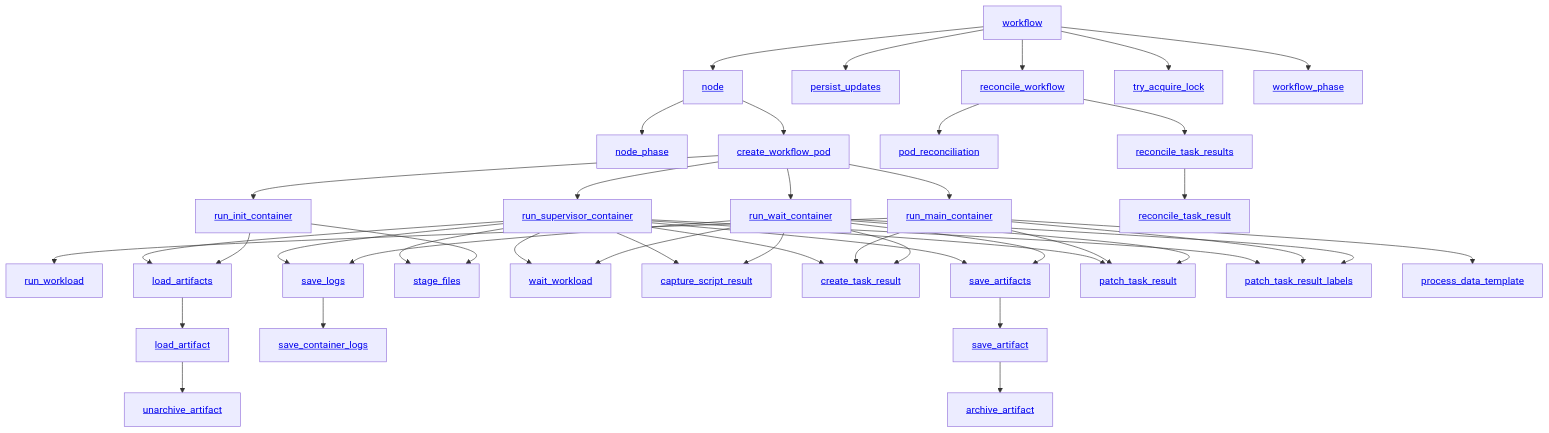
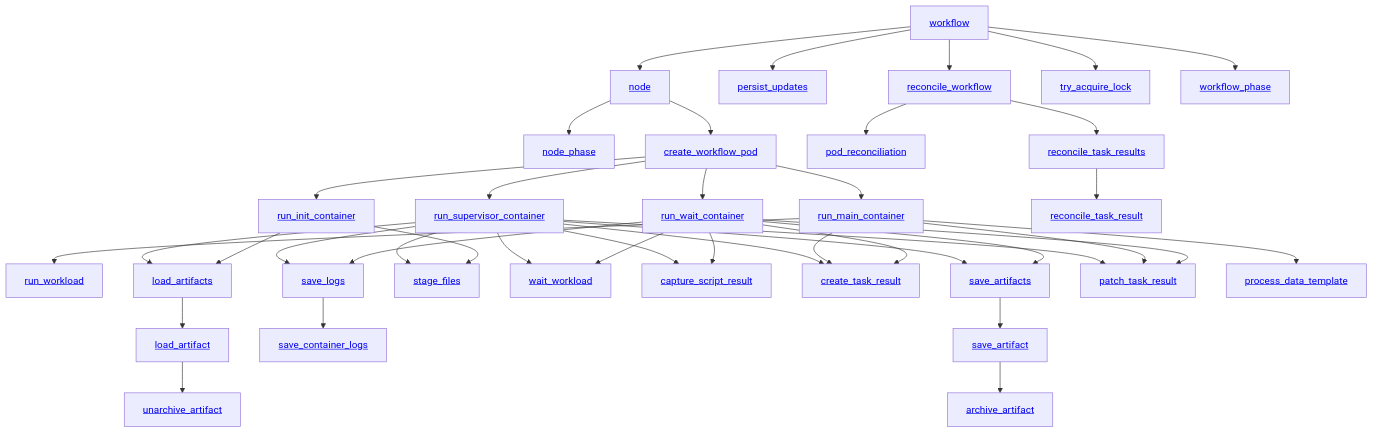
The third of 3 diagrams in modules/argo-workflows/docs/tracing.md (365614269/CNCF-Graduated), drawn with Mermaid before and after one commit. The commit also changed other lines of this file and 1078 other files, not shown here.

````diff
--- a/modules/argo-workflows/docs/tracing.md
+++ b/modules/argo-workflows/docs/tracing.md
@@ -69,76 +67,72 @@
 ```mermaid
 flowchart TD
     Workflow[<a href='#workflow'>workflow</a>]
     Node[<a href='#node'>node</a>]
     NodePhase[<a href='#node_phase'>node_phase</a>]
     PersistUpdates[<a href='#persist_updates'>persist_updates</a>]
     ReconcileWorkflow[<a href='#reconcile_workflow'>reconcile_workflow</a>]
     TryAcquireLock[<a href='#try_acquire_lock'>try_acquire_lock</a>]
     WorkflowPhase[<a href='#workflow_phase'>workflow_phase</a>]
     CreateWorkflowPod[<a href='#create_workflow_pod'>create_workflow_pod</a>]
     PodReconciliation[<a href='#pod_reconciliation'>pod_reconciliation</a>]
     ReconcileTaskResults[<a href='#reconcile_task_results'>reconcile_task_results</a>]
     RunInitContainer[<a href='#run_init_container'>run_init_container</a>]
     RunMainContainer[<a href='#run_main_container'>run_main_container</a>]
     RunSupervisorContainer[<a href='#run_supervisor_container'>run_supervisor_container</a>]
     RunWaitContainer[<a href='#run_wait_container'>run_wait_container</a>]
     RunWorkload[<a href='#run_workload'>run_workload</a>]
     SaveArtifacts[<a href='#save_artifacts'>save_artifacts</a>]
     SaveLogs[<a href='#save_logs'>save_logs</a>]
     StageFiles[<a href='#stage_files'>stage_files</a>]
     WaitWorkload[<a href='#wait_workload'>wait_workload</a>]
     CaptureScriptResult[<a href='#capture_script_result'>capture_script_result</a>]
     CreateTaskResult[<a href='#create_task_result'>create_task_result</a>]
     LoadArtifacts[<a href='#load_artifacts'>load_artifacts</a>]
     PatchTaskResult[<a href='#patch_task_result'>patch_task_result</a>]
-    PatchTaskResultLabels[<a href='#patch_task_result_labels'>patch_task_result_labels</a>]
     ProcessDataTemplate[<a href='#process_data_template'>process_data_template</a>]
     ReconcileTaskResult[<a href='#reconcile_task_result'>reconcile_task_result</a>]
     SaveArtifact[<a href='#save_artifact'>save_artifact</a>]
     SaveContainerLogs[<a href='#save_container_logs'>save_container_logs</a>]
     ArchiveArtifact[<a href='#archive_artifact'>archive_artifact</a>]
     LoadArtifact[<a href='#load_artifact'>load_artifact</a>]
     UnarchiveArtifact[<a href='#unarchive_artifact'>unarchive_artifact</a>]
     Workflow --> Node
     Node --> NodePhase
     Workflow --> PersistUpdates
     Workflow --> ReconcileWorkflow
     Workflow --> TryAcquireLock
     Workflow --> WorkflowPhase
     Node --> CreateWorkflowPod
     ReconcileWorkflow --> PodReconciliation
     ReconcileWorkflow --> ReconcileTaskResults
     CreateWorkflowPod --> RunInitContainer
     CreateWorkflowPod --> RunMainContainer
     CreateWorkflowPod --> RunSupervisorContainer
     CreateWorkflowPod --> RunWaitContainer
     RunMainContainer --> RunWorkload
     RunWaitContainer --> SaveArtifacts
     RunSupervisorContainer --> SaveArtifacts
     RunWaitContainer --> SaveLogs
     RunSupervisorContainer --> SaveLogs
     RunInitContainer --> StageFiles
     RunSupervisorContainer --> StageFiles
     RunWaitContainer --> WaitWorkload
     RunSupervisorContainer --> WaitWorkload
     RunWaitContainer --> CaptureScriptResult
     RunSupervisorContainer --> CaptureScriptResult
     RunWaitContainer --> CreateTaskResult
     RunMainContainer --> CreateTaskResult
     RunSupervisorContainer --> CreateTaskResult
     RunInitContainer --> LoadArtifacts
     RunSupervisorContainer --> LoadArtifacts
     RunWaitContainer --> PatchTaskResult
     RunMainContainer --> PatchTaskResult
     RunSupervisorContainer --> PatchTaskResult
-    RunWaitContainer --> PatchTaskResultLabels
-    RunMainContainer --> PatchTaskResultLabels
-    RunSupervisorContainer --> PatchTaskResultLabels
     RunMainContainer --> ProcessDataTemplate
     ReconcileTaskResults --> ReconcileTaskResult
     SaveArtifacts --> SaveArtifact
     SaveLogs --> SaveContainerLogs
     SaveArtifact --> ArchiveArtifact
     LoadArtifacts --> LoadArtifact
     LoadArtifact --> UnarchiveArtifact
 ```
````
